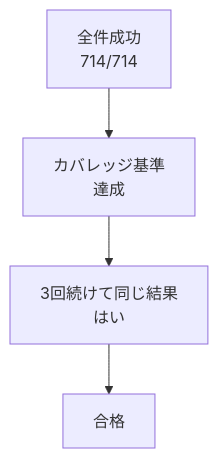
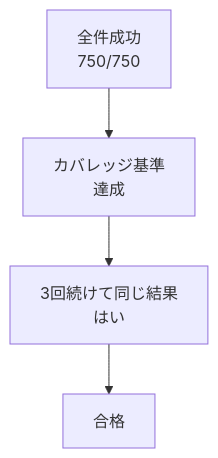
The third of 3 diagrams in documents/モジュールテスト結果報告書_RPG学習アプリ.md (pocarialice/rpglearning), drawn with Mermaid before and after one commit. The commit also changed other lines of this file and 1 other file, not shown here.

````diff
--- a/documents/モジュールテスト結果報告書_RPG学習アプリ.md
+++ b/documents/モジュールテスト結果報告書_RPG学習アプリ.md
@@ -1484,6 +1547,6 @@
 ```mermaid
 flowchart TD
-  A["全件成功<br>714/714"] --> B["カバレッジ基準<br>達成"]
+  A["全件成功<br>750/750"] --> B["カバレッジ基準<br>達成"]
   B --> C["3回続けて同じ結果<br>はい"]
   C --> D["合格"]
 ```
````
